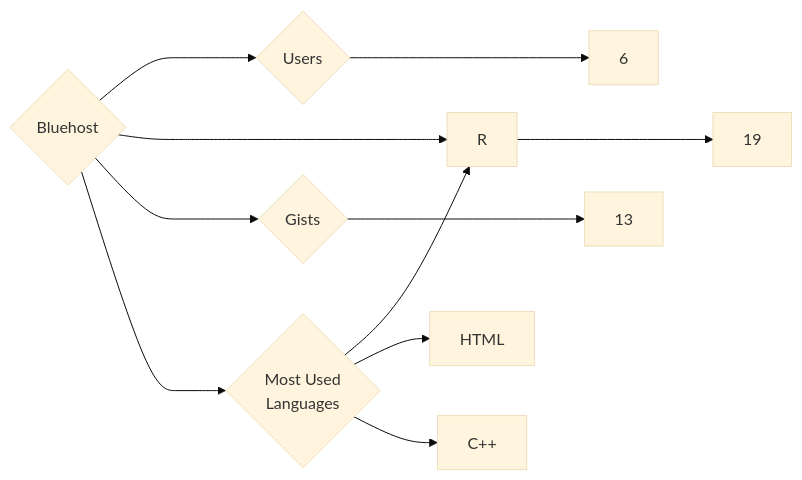
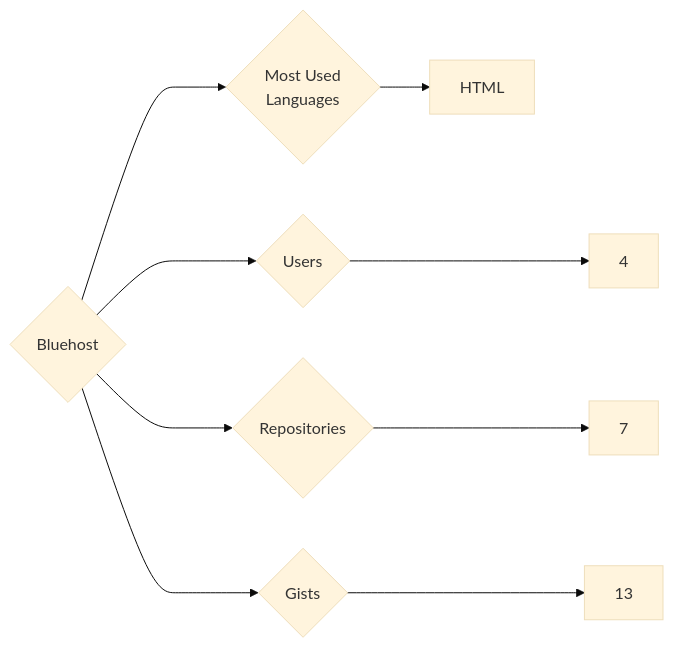
One commit to trickest/insiders changed the diagram in targets/Bluehost/README.md. Above: the diagram before and after it, drawn with Mermaid (base theme). The commit also changed 1089 other files, not shown here.

````diff
--- a/targets/Bluehost/README.md
+++ b/targets/Bluehost/README.md
@@ -3,11 +3,9 @@
 ```mermaid
 graph LR
 COMPANY_NAME{Bluehost}
-COMPANY_NAME ---> U{Users} ---> UN[6]
-COMPANY_NAME ---> R{Repositories} ---> RN[19]
+COMPANY_NAME ---> U{Users} ---> UN[4]
+COMPANY_NAME ---> R{Repositories} ---> RN[7]
 COMPANY_NAME ---> G{Gists} ---> GN[13]
 COMPANY_NAME ---> ML{Most Used<br>Languages}
-ML --> R[R]
 ML --> HTML[HTML]
-ML --> C++[C++]
 ```
````
